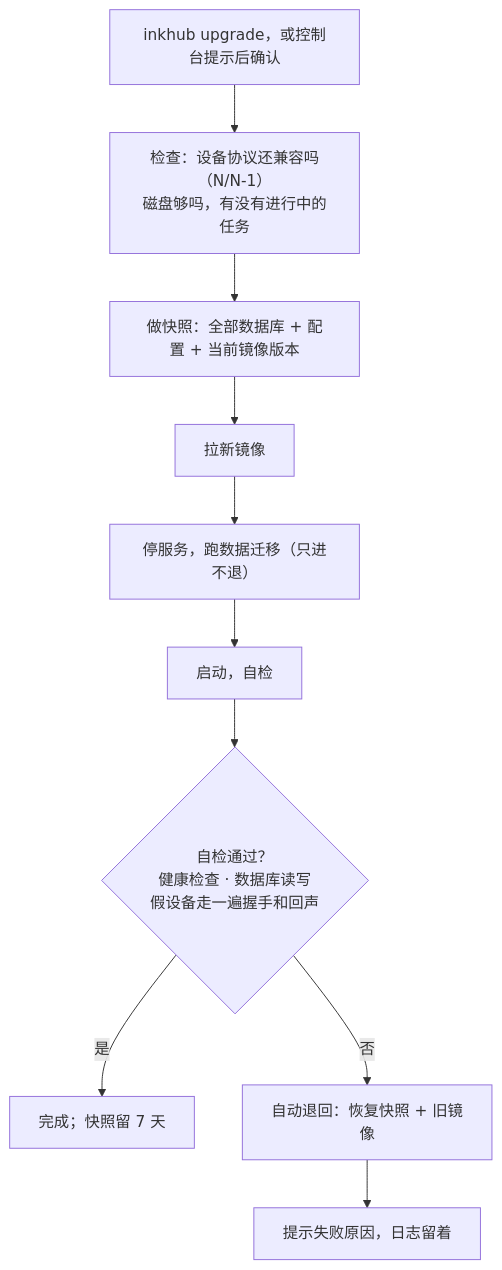
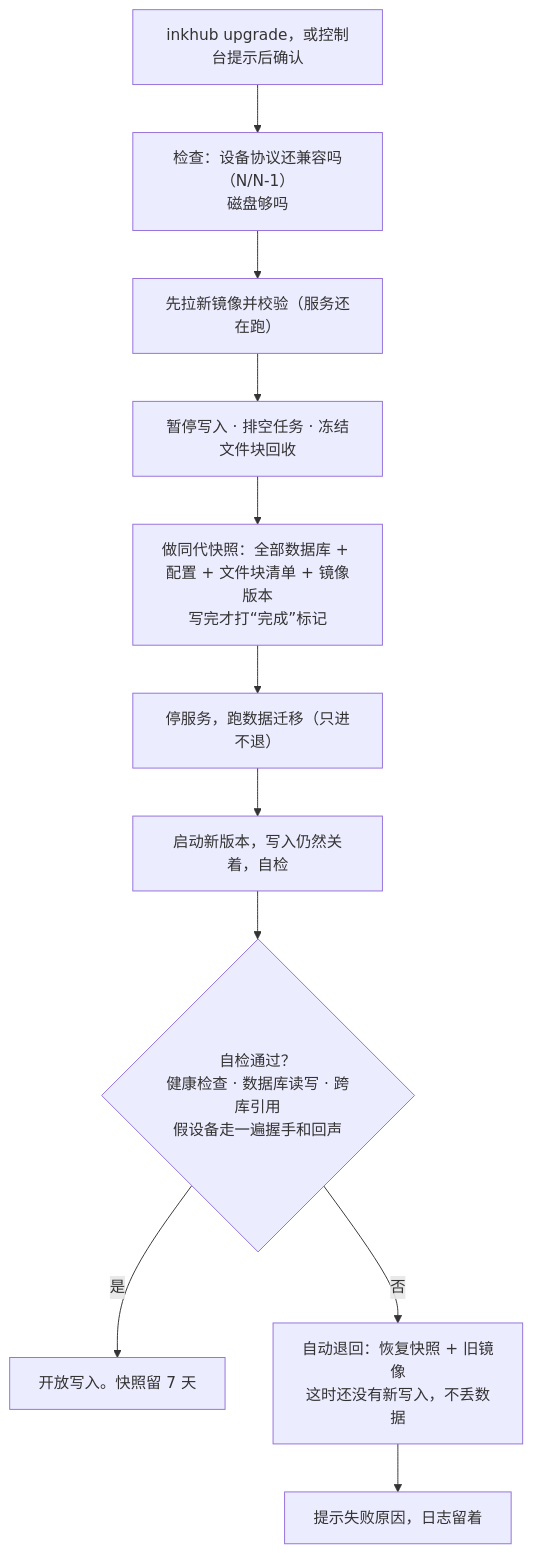
The fourth of 16 diagrams in docs/hub/hub-architecture.md (Gidean-zcx/ink), drawn with Mermaid before and after one commit. The commit also changed other lines of this file and 16 other files, not shown here.

````diff
--- a/docs/hub/hub-architecture.md
+++ b/docs/hub/hub-architecture.md
@@ -305,12 +326,13 @@
 ```mermaid
 flowchart TB
-  A["inkhub upgrade，或控制台提示后确认"] --> B["检查：设备协议还兼容吗（N/N-1）<br/>磁盘够吗，有没有进行中的任务"]
-  B --> C["做快照：全部数据库 + 配置 + 当前镜像版本"]
-  C --> D["拉新镜像"]
-  D --> E["停服务，跑数据迁移（只进不退）"]
-  E --> F["启动，自检"]
-  F --> G{"自检通过？<br/>健康检查 · 数据库读写<br/>假设备走一遍握手和回声"}
-  G -- "是" --> H["完成；快照留 7 天"]
-  G -- "否" --> I["自动退回：恢复快照 + 旧镜像"]
-  I --> J["提示失败原因，日志留着"]
+  A["inkhub upgrade，或控制台提示后确认"] --> B["检查：设备协议还兼容吗（N/N-1）<br/>磁盘够吗"]
+  B --> C["先拉新镜像并校验（服务还在跑）"]
+  C --> D["暂停写入 · 排空任务 · 冻结文件块回收"]
+  D --> E["做同代快照：全部数据库 + 配置 + 文件块清单 + 镜像版本<br/>写完才打“完成”标记"]
+  E --> F["停服务，跑数据迁移（只进不退）"]
+  F --> G["启动新版本，写入仍然关着，自检"]
+  G --> H{"自检通过？<br/>健康检查 · 数据库读写 · 跨库引用<br/>假设备走一遍握手和回声"}
+  H -- "是" --> I["开放写入。快照留 7 天"]
+  H -- "否" --> J["自动退回：恢复快照 + 旧镜像<br/>这时还没有新写入，不丢数据"]
+  J --> K["提示失败原因，日志留着"]
 ```
````
